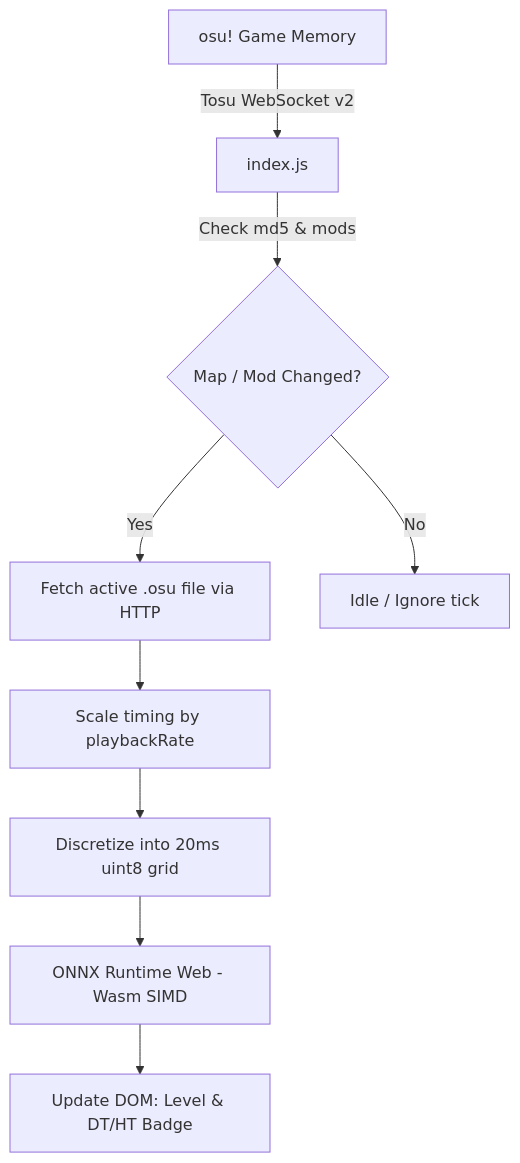
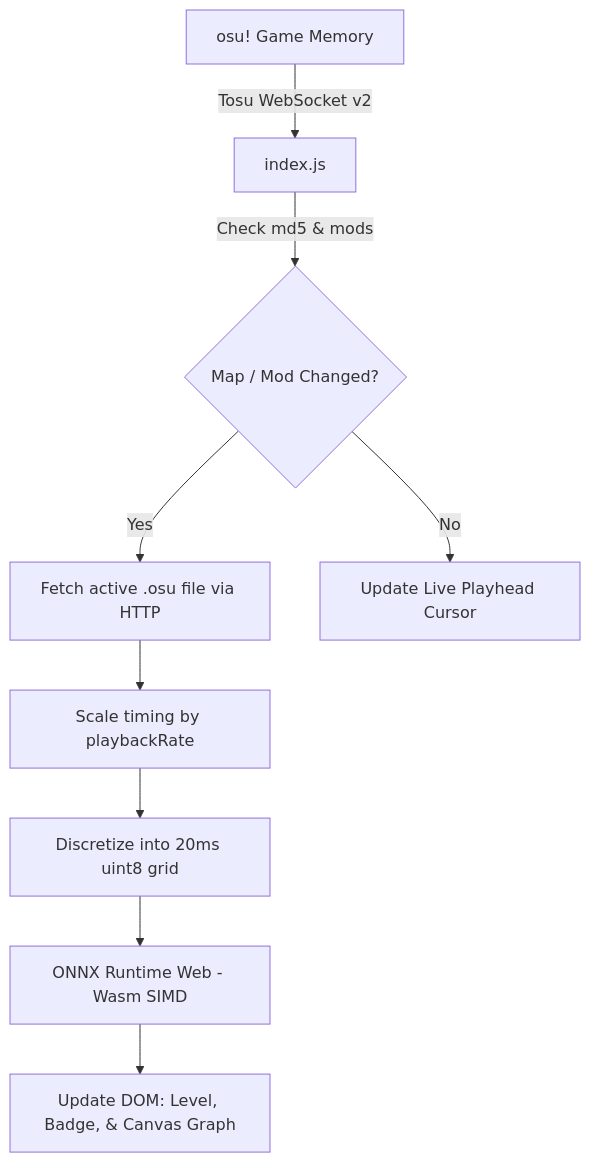
One commit to Huy317/o2jam-level-calc changed the diagram in docs/extension.md. Above: the diagram before and after it, drawn with Mermaid. The commit also changed other lines of this file and 6 other files, not shown here.

Commit message:
feat(overlay): redesign tosu overlay with smooth strain graph and reliable settings sync

````diff
--- a/docs/extension.md
+++ b/docs/extension.md
@@ -49,11 +69,11 @@
 ```mermaid
 flowchart TD
     A[osu! Game Memory] -->|Tosu WebSocket v2| B[index.js]
     B -->|Check md5 & mods| C{Map / Mod Changed?}
     C -- Yes --> D[Fetch active .osu file via HTTP]
     D --> E[Scale timing by playbackRate]
     E --> F[Discretize into 20ms uint8 grid]
     F --> G[ONNX Runtime Web - Wasm SIMD]
-    G --> H[Update DOM: Level & DT/HT Badge]
-    C -- No --> I[Idle / Ignore tick]
+    G --> H[Update DOM: Level, Badge, & Canvas Graph]
+    C -- No --> I[Update Live Playhead Cursor]
 ```
````
